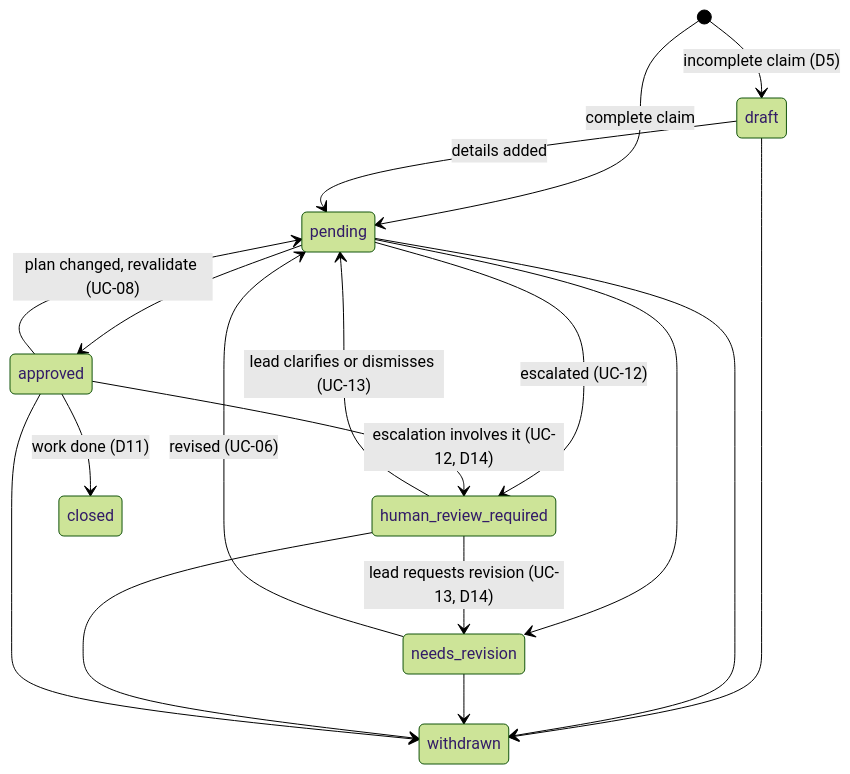
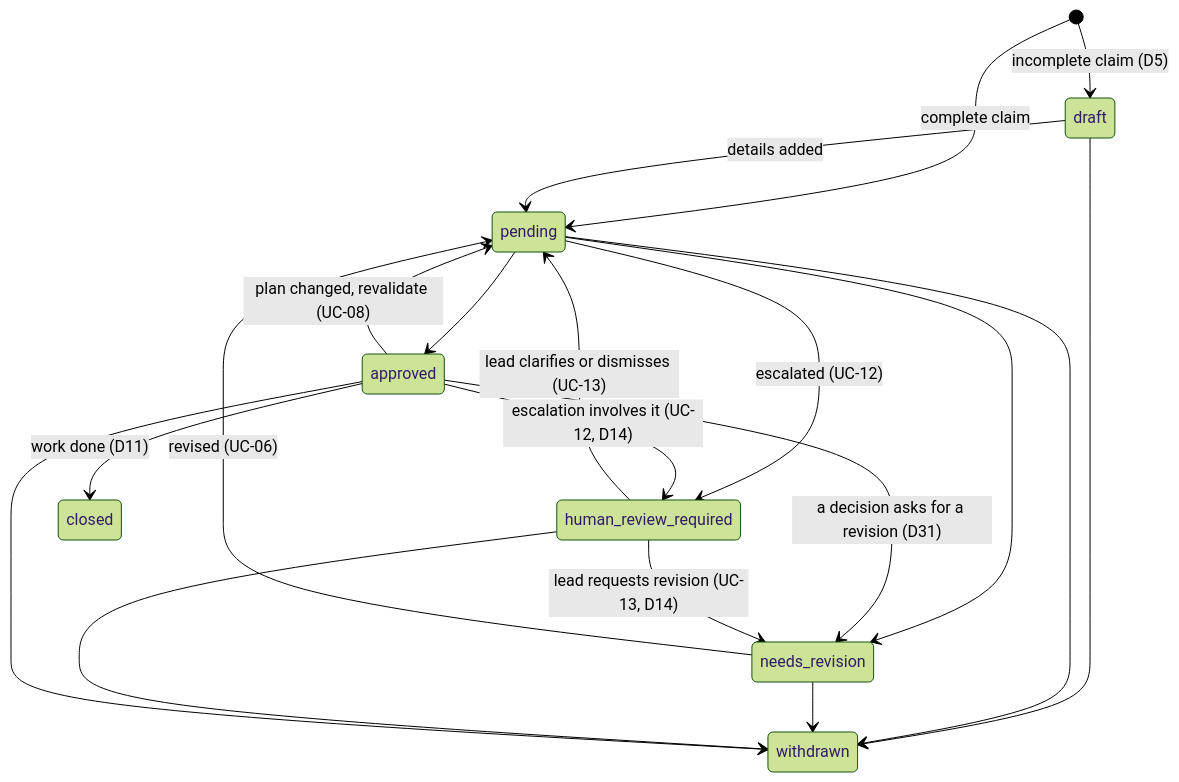
One commit to MidFlightt/MidFlight changed the first of 2 diagrams in docs/domain.md. Above: the diagram before and after it, drawn with Mermaid (forest theme). The commit also changed other lines of this file and 15 other files, not shown here.

````diff
--- a/docs/domain.md
+++ b/docs/domain.md
@@ -104,20 +104,21 @@
 ```mermaid
 stateDiagram-v2
     [*] --> draft: incomplete claim (D5)
     [*] --> pending: complete claim
     draft --> pending: details added
     pending --> approved
     pending --> needs_revision
     pending --> human_review_required: escalated (UC-12)
     approved --> human_review_required: escalation involves it (UC-12, D14)
+    approved --> needs_revision: a decision asks for a revision (D31)
     needs_revision --> pending: revised (UC-06)
     human_review_required --> pending: lead clarifies or dismisses (UC-13)
     human_review_required --> needs_revision: lead requests revision (UC-13, D14)
     approved --> pending: plan changed, revalidate (UC-08)
     approved --> closed: work done (D11)
     draft --> withdrawn
     pending --> withdrawn
     needs_revision --> withdrawn
     human_review_required --> withdrawn
     approved --> withdrawn
 ```
````
